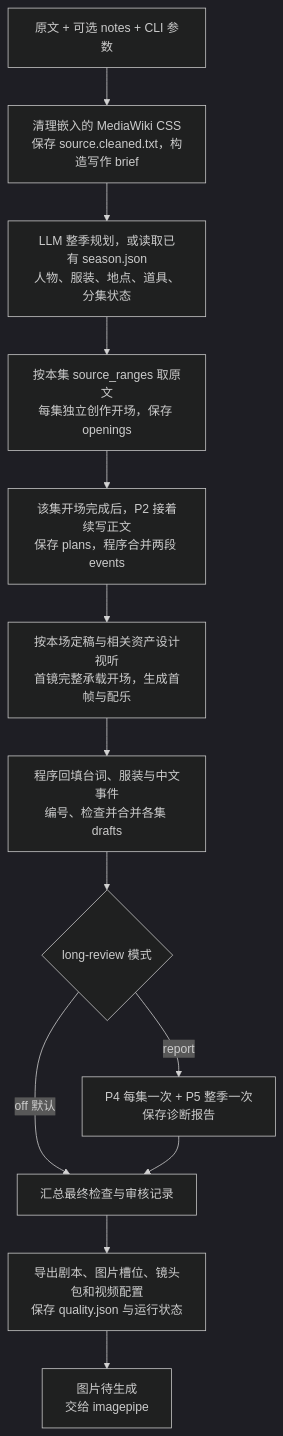
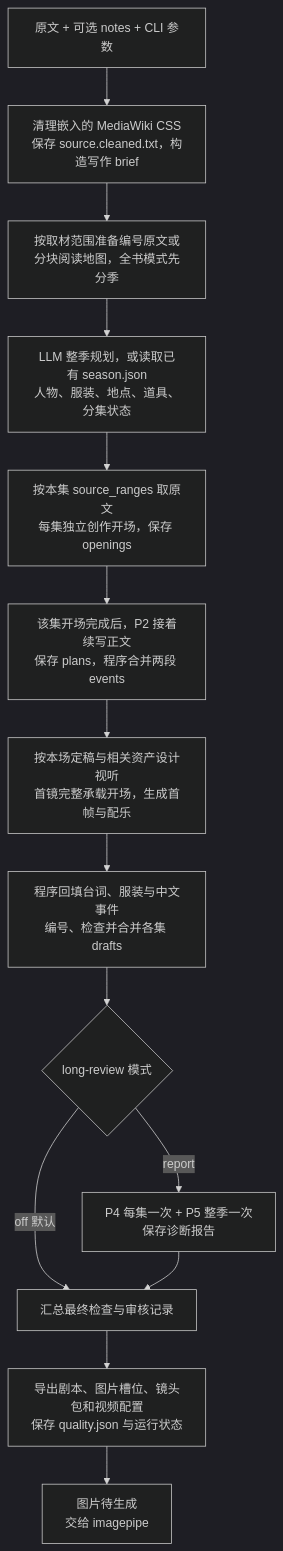
Before and after one commit to mtbnydx-dot/local-fully-automated-video-workflow: the first of 3 diagrams in docs/workflow.md, drawn with Mermaid (dark theme). The commit also changed other lines of this file and 10 other files, not shown here.

````diff
--- a/docs/workflow.md
+++ b/docs/workflow.md
@@ -15,15 +15,16 @@
 ```mermaid
 flowchart TD
     S0["原文 + 可选 notes + CLI 参数"] --> S1["清理嵌入的 MediaWiki CSS<br/>保存 source.cleaned.txt，构造写作 brief"]
-    S1 --> S2["LLM 整季规划，或读取已有 season.json<br/>人物、服装、地点、道具、分集状态"]
+    S1 --> RE["按取材范围准备编号原文或分块阅读地图，全书模式先分季"]
+    RE --> S2["LLM 整季规划，或读取已有 season.json<br/>人物、服装、地点、道具、分集状态"]
     S2 --> SO["按本集 source_ranges 取原文<br/>每集独立创作开场，保存 openings"]
     SO --> S8["该集开场完成后，P2 接着续写正文<br/>保存 plans，程序合并两段 events"]
     S8 --> S9["按本场定稿与相关资产设计视听<br/>首镜完整承载开场，生成首帧与配乐"]
     S9 --> S10["程序回填台词、服装与中文事件<br/>编号、检查并合并各集 drafts"]
     S10 --> S11{"long-review 模式"}
     S11 -->|off 默认| S15["汇总最终检查与审核记录"]
     S11 -->|report| S12["P4 每集一次 + P5 整季一次<br/>保存诊断报告"]
     S12 --> S15
     S15 --> S16["导出剧本、图片槽位、镜头包和视频配置<br/>保存 quality.json 与运行状态"]
     S16 --> S17["图片待生成<br/>交给 imagepipe"]
 ```
````
